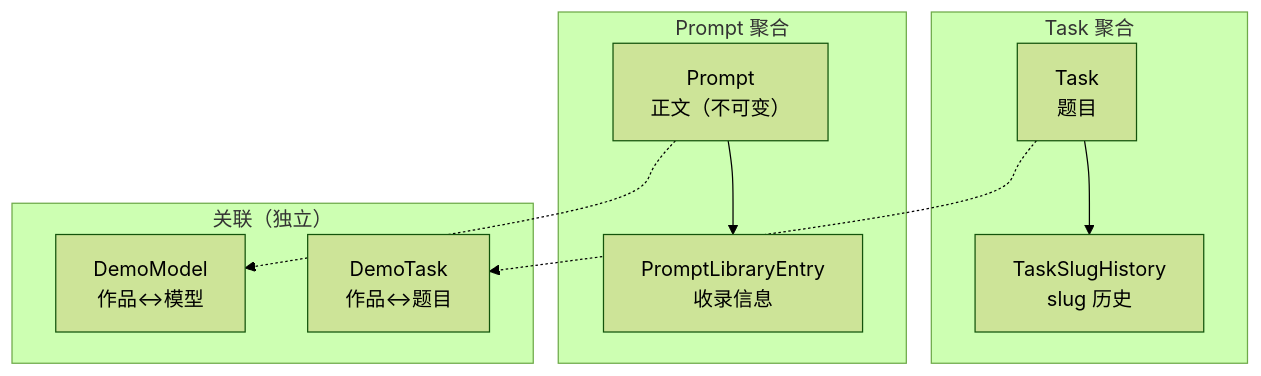
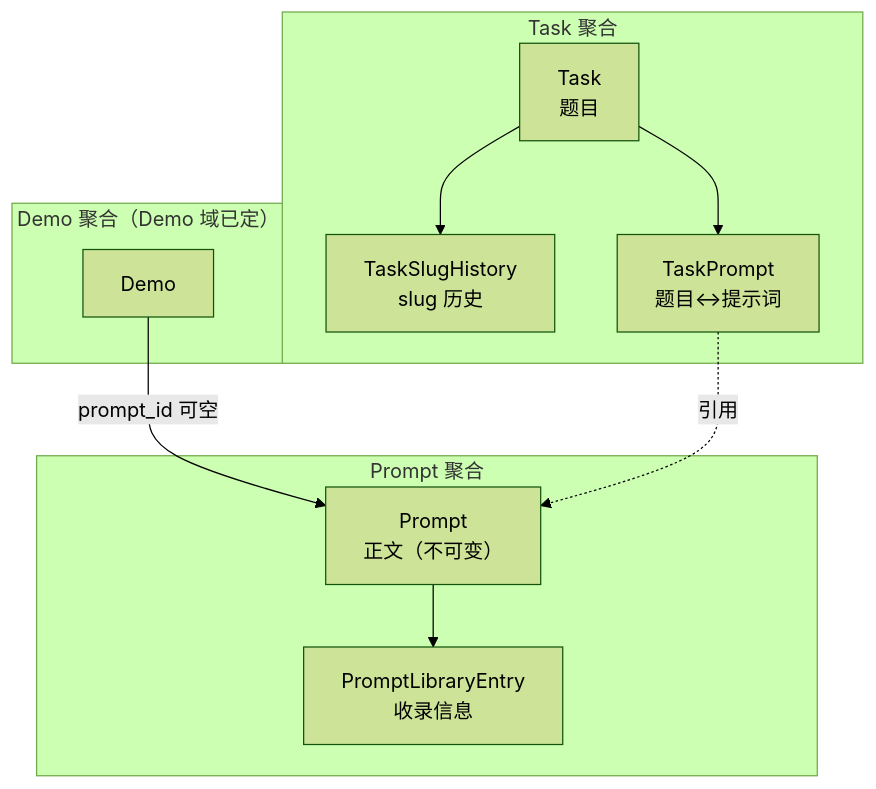
Before and after one commit to deepdemos/ds-demos-showcase: the third of 6 diagrams in docs/实体域数据结构设计.md, drawn with Mermaid (forest theme). The commit also changed other lines of this file, not shown here.

First line of the commit message:
docs: 实体域数据结构改为三级层次（Task -> Prompt -> Demo） (#73)

````diff
--- a/docs/实体域数据结构设计.md
+++ b/docs/实体域数据结构设计.md
@@ -219,19 +163,20 @@
 ```mermaid
 flowchart TB
     subgraph T["Task 聚合"]
         TK["Task<br/>题目"]
         TSH["TaskSlugHistory<br/>slug 历史"]
+        TP["TaskPrompt<br/>题目↔提示词"]
         TK --> TSH
+        TK --> TP
     end
     subgraph P["Prompt 聚合"]
         PR["Prompt<br/>正文（不可变）"]
         PLE["PromptLibraryEntry<br/>收录信息"]
         PR --> PLE
     end
-    subgraph L["关联（独立）"]
-        DT["DemoTask<br/>作品↔题目"]
-        DM["DemoModel<br/>作品↔模型"]
+    subgraph D["Demo 聚合（Demo 域已定）"]
+        DM["Demo"]
+        DM -->|"prompt_id 可空"| PR
     end
-    TK -.-> DT
-    PR -.-> DM
+    TP -.->|"引用"| PR
 ```
````
